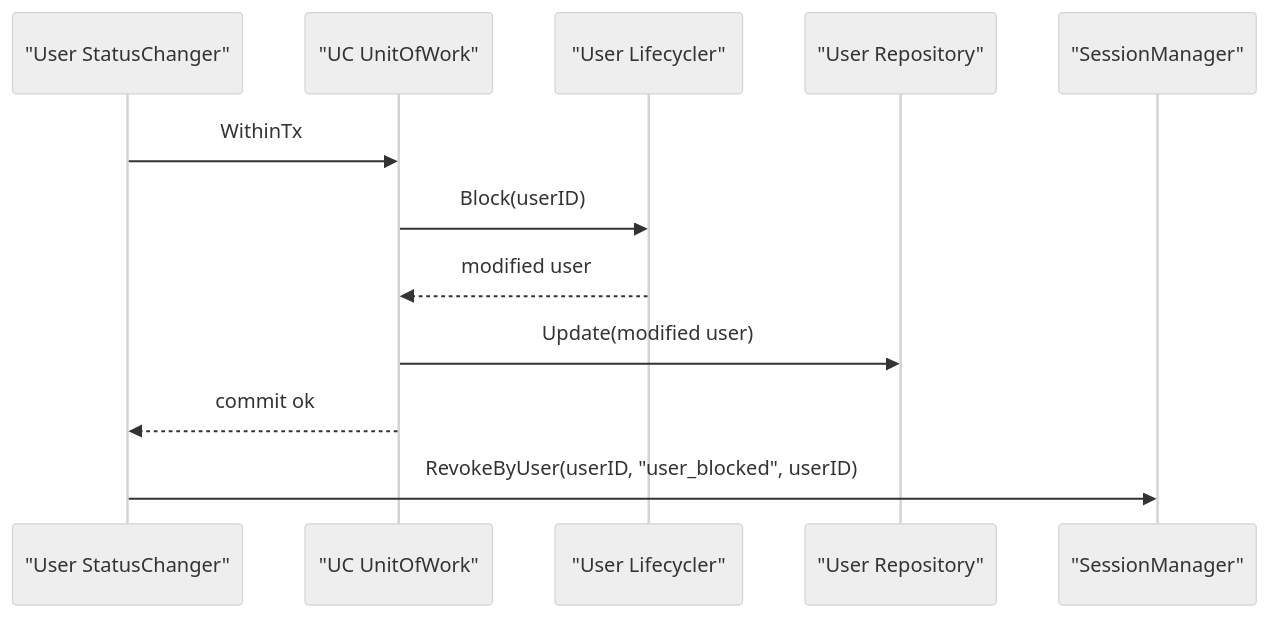
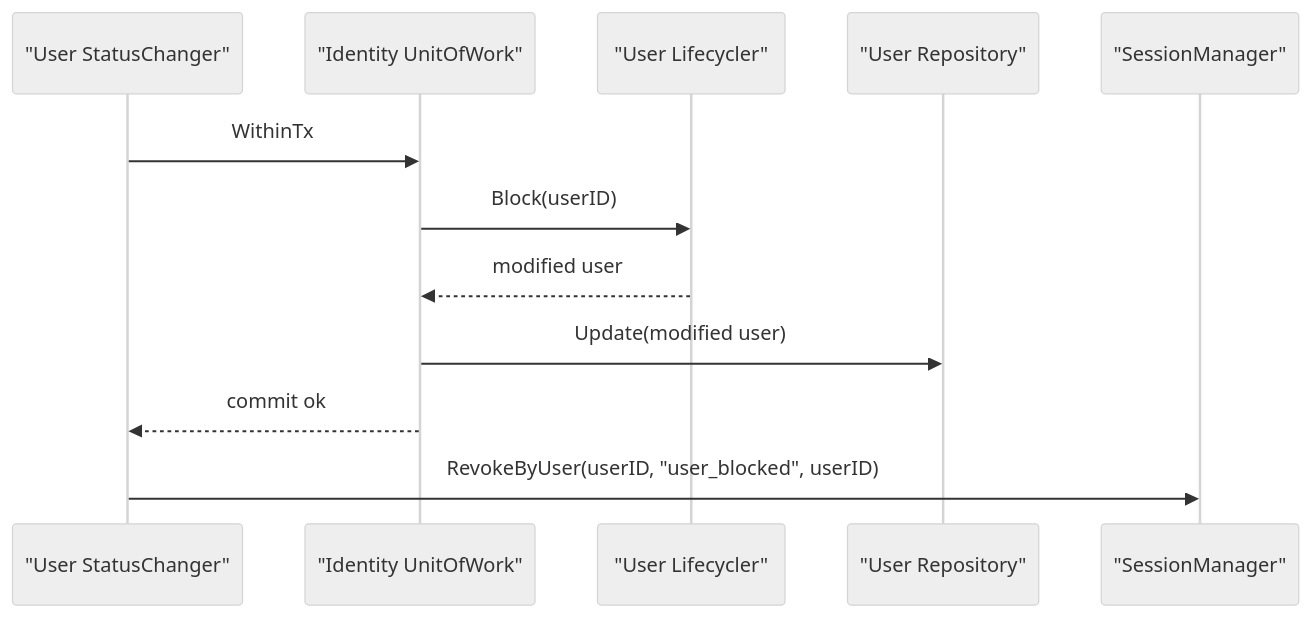
One commit to FangcunMount/iam changed diagram 12 of 12 in docs/02-认证AuthN/02-认证语义-用户状态&会话&Token边界.md. Above: the diagram before and after it, drawn with Mermaid (neutral theme). The commit also changed other lines of this file and 215 other files, not shown here.

````diff
--- a/docs/02-认证AuthN/02-认证语义-用户状态&会话&Token边界.md
+++ b/docs/02-认证AuthN/02-认证语义-用户状态&会话&Token边界.md
@@ -783,15 +783,15 @@
 ```mermaid
 sequenceDiagram
     participant App as "User StatusChanger"
-    participant UOW as "UC UnitOfWork"
+    participant UOW as "Identity UnitOfWork"
     participant User as "User Lifecycler"
     participant Repo as "User Repository"
     participant Session as "SessionManager"
 
     App->>UOW: WithinTx
     UOW->>User: Block(userID)
     User-->>UOW: modified user
     UOW->>Repo: Update(modified user)
     UOW-->>App: commit ok
     App->>Session: RevokeByUser(userID, "user_blocked", userID)
 ```
````
